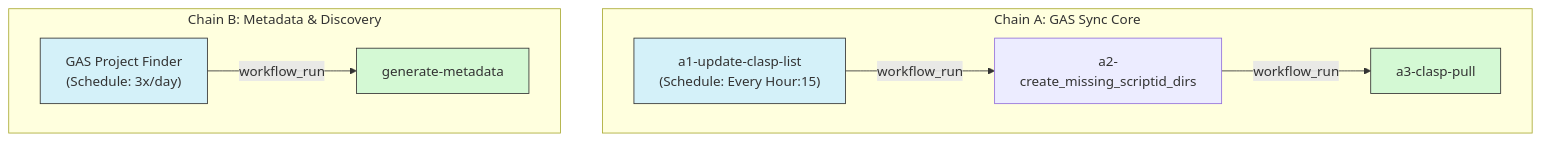
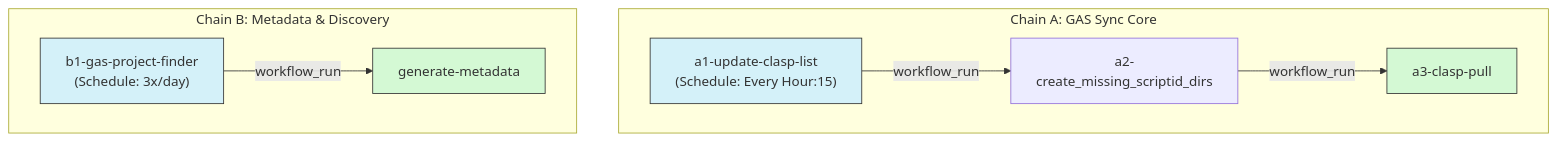
Before and after one commit to TakashiSasaki/gas.moukaeritai.work: the diagram in .github/workflows/AGENTS.md, drawn with Mermaid. The commit also changed other lines of this file and 2 other files, not shown here.

First line of the commit message:
refactor: rename gas-project-finder.yml to b1-gas-project-finder.yml

````diff
--- a/.github/workflows/AGENTS.md
+++ b/.github/workflows/AGENTS.md
@@ -58,16 +58,16 @@
 ```mermaid
 graph TD
     subgraph "Chain A: GAS Sync Core"
         A1["a1-update-clasp-list<br/>(Schedule: Every Hour:15)"] -->|workflow_run| A2["a2-create_missing_scriptid_dirs"]
         A2 -->|workflow_run| A3["a3-clasp-pull"]
     end
 
     subgraph "Chain B: Metadata & Discovery"
-        B1["GAS Project Finder<br/>(Schedule: 3x/day)"] -->|workflow_run| B2["generate-metadata"]
+        B1["b1-gas-project-finder<br/>(Schedule: 3x/day)"] -->|workflow_run| B2["generate-metadata"]
     end
 
     style A1 fill:#d4f1f9,stroke:#333
     style B1 fill:#d4f1f9,stroke:#333
     style A3 fill:#d4f9d4,stroke:#333
     style B2 fill:#d4f9d4,stroke:#333
 ```
````
